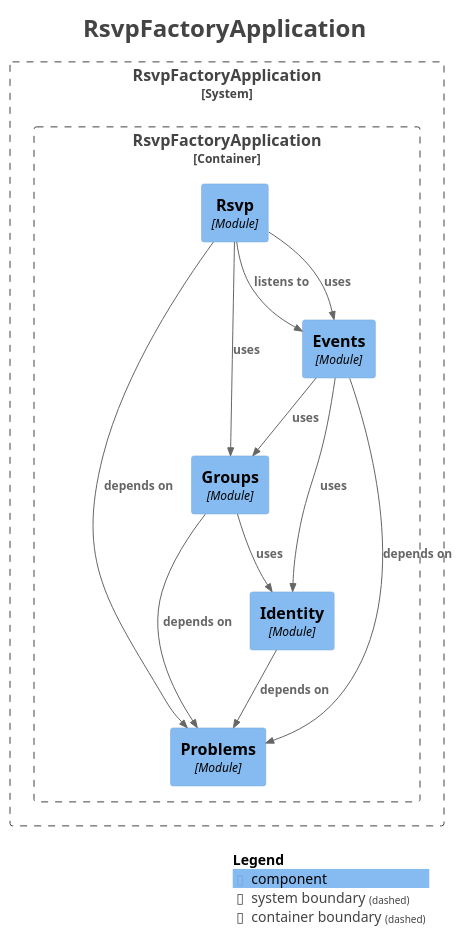
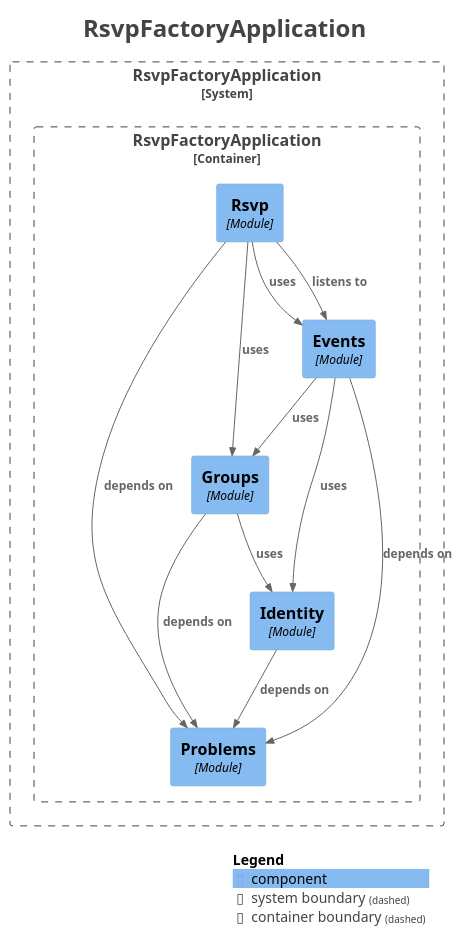
The diagram in docs/modules/components.puml (kylehoehns/rsvp-factory), drawn with PlantUML before and after one commit. The commit also changed other lines of this file and 3 other files, not shown here.

```diff
--- a/docs/modules/components.puml
+++ b/docs/modules/components.puml
@@ -1,42 +1,42 @@
 @startuml
 title <size:24>RsvpFactoryApplication</size>
 
 set separator none
 top to bottom direction
 
 <style>
   root {
     BackgroundColor: #ffffff
     FontColor: #444444
   }
 </style>
 
 !include <C4/C4>
 !include <C4/C4_Context>
 !include <C4/C4_Component>
 
 System_Boundary("RsvpFactoryApplication_boundary", "RsvpFactoryApplication", $tags="") {
   Container_Boundary("RsvpFactoryApplication.RsvpFactoryApplication_boundary", "RsvpFactoryApplication", $tags="") {
     Component(RsvpFactoryApplication.RsvpFactoryApplication.Problems, "Problems", $techn="Module", $descr="", $tags="", $link="")
     Component(RsvpFactoryApplication.RsvpFactoryApplication.Identity, "Identity", $techn="Module", $descr="", $tags="", $link="")
     Component(RsvpFactoryApplication.RsvpFactoryApplication.Groups, "Groups", $techn="Module", $descr="", $tags="", $link="")
     Component(RsvpFactoryApplication.RsvpFactoryApplication.Events, "Events", $techn="Module", $descr="", $tags="", $link="")
     Component(RsvpFactoryApplication.RsvpFactoryApplication.Rsvp, "Rsvp", $techn="Module", $descr="", $tags="", $link="")
   }
 
 }
 
-Rel(RsvpFactoryApplication.RsvpFactoryApplication.Groups, RsvpFactoryApplication.RsvpFactoryApplication.Identity, "uses", $techn="", $tags="", $link="")
-Rel(RsvpFactoryApplication.RsvpFactoryApplication.Identity, RsvpFactoryApplication.RsvpFactoryApplication.Problems, "depends on", $techn="", $tags="", $link="")
-Rel(RsvpFactoryApplication.RsvpFactoryApplication.Rsvp, RsvpFactoryApplication.RsvpFactoryApplication.Events, "listens to", $techn="", $tags="", $link="")
 Rel(RsvpFactoryApplication.RsvpFactoryApplication.Rsvp, RsvpFactoryApplication.RsvpFactoryApplication.Problems, "depends on", $techn="", $tags="", $link="")
 Rel(RsvpFactoryApplication.RsvpFactoryApplication.Rsvp, RsvpFactoryApplication.RsvpFactoryApplication.Events, "uses", $techn="", $tags="", $link="")
 Rel(RsvpFactoryApplication.RsvpFactoryApplication.Rsvp, RsvpFactoryApplication.RsvpFactoryApplication.Groups, "uses", $techn="", $tags="", $link="")
+Rel(RsvpFactoryApplication.RsvpFactoryApplication.Groups, RsvpFactoryApplication.RsvpFactoryApplication.Problems, "depends on", $techn="", $tags="", $link="")
+Rel(RsvpFactoryApplication.RsvpFactoryApplication.Groups, RsvpFactoryApplication.RsvpFactoryApplication.Identity, "uses", $techn="", $tags="", $link="")
 Rel(RsvpFactoryApplication.RsvpFactoryApplication.Events, RsvpFactoryApplication.RsvpFactoryApplication.Problems, "depends on", $techn="", $tags="", $link="")
 Rel(RsvpFactoryApplication.RsvpFactoryApplication.Events, RsvpFactoryApplication.RsvpFactoryApplication.Identity, "uses", $techn="", $tags="", $link="")
 Rel(RsvpFactoryApplication.RsvpFactoryApplication.Events, RsvpFactoryApplication.RsvpFactoryApplication.Groups, "uses", $techn="", $tags="", $link="")
-Rel(RsvpFactoryApplication.RsvpFactoryApplication.Groups, RsvpFactoryApplication.RsvpFactoryApplication.Problems, "depends on", $techn="", $tags="", $link="")
+Rel(RsvpFactoryApplication.RsvpFactoryApplication.Identity, RsvpFactoryApplication.RsvpFactoryApplication.Problems, "depends on", $techn="", $tags="", $link="")
+Rel(RsvpFactoryApplication.RsvpFactoryApplication.Rsvp, RsvpFactoryApplication.RsvpFactoryApplication.Events, "listens to", $techn="", $tags="", $link="")
 
 SHOW_LEGEND(true)
 hide stereotypes
 @enduml
```
